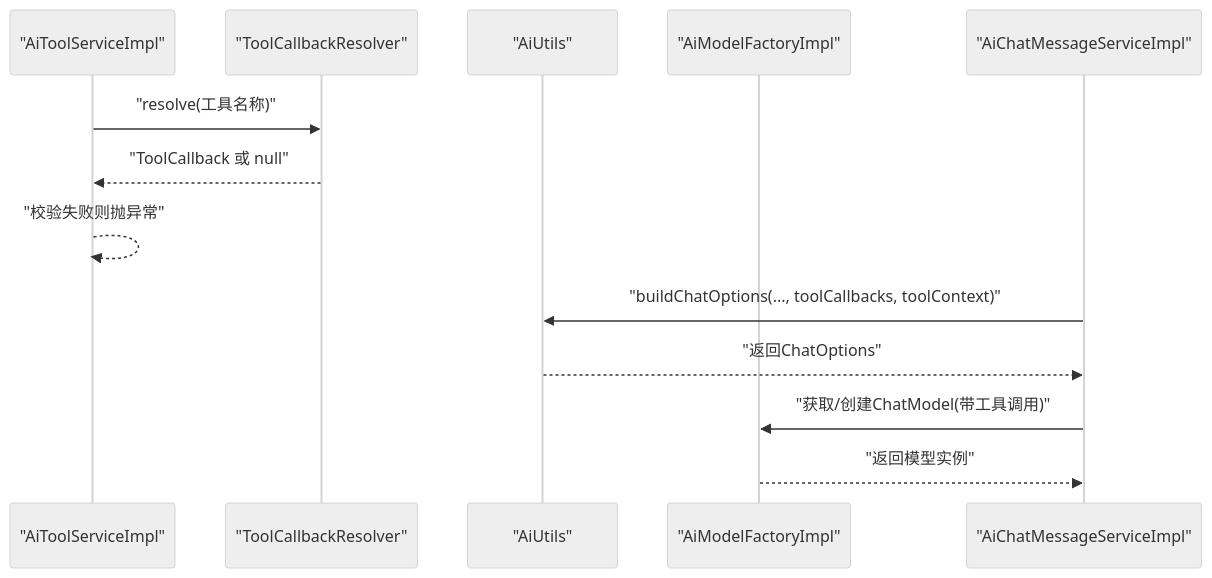
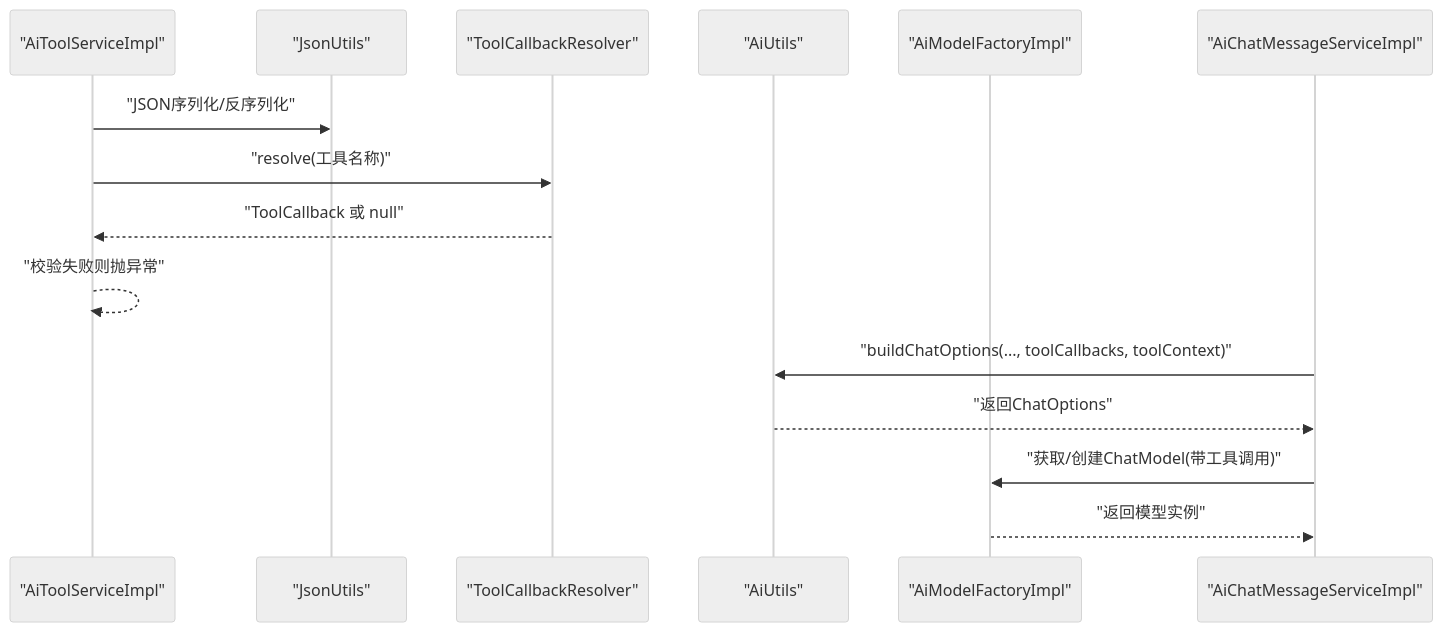
The sixth of 8 diagrams in .qoder/repowiki/zh/content/工具函数系统.md (X555LB/data-ai), drawn with Mermaid (neutral theme) before and after one commit. The commit also changed other lines of this file and 11 other files, not shown here.

````diff
--- a/.qoder/repowiki/zh/content/工具函数系统.md
+++ b/.qoder/repowiki/zh/content/工具函数系统.md
@@ -302,15 +333,17 @@
 ```mermaid
 sequenceDiagram
 participant S as "AiToolServiceImpl"
+participant J as "JsonUtils"
 participant R as "ToolCallbackResolver"
 participant U as "AiUtils"
 participant F as "AiModelFactoryImpl"
 participant C as "AiChatMessageServiceImpl"
+S->>J : "JSON序列化/反序列化"
 S->>R : "resolve(工具名称)"
 R-->>S : "ToolCallback 或 null"
 S-->>S : "校验失败则抛异常"
 C->>U : "buildChatOptions(..., toolCallbacks, toolContext)"
 U-->>C : "返回ChatOptions"
 C->>F : "获取/创建ChatModel(带工具调用)"
 F-->>C : "返回模型实例"
 ```
````
